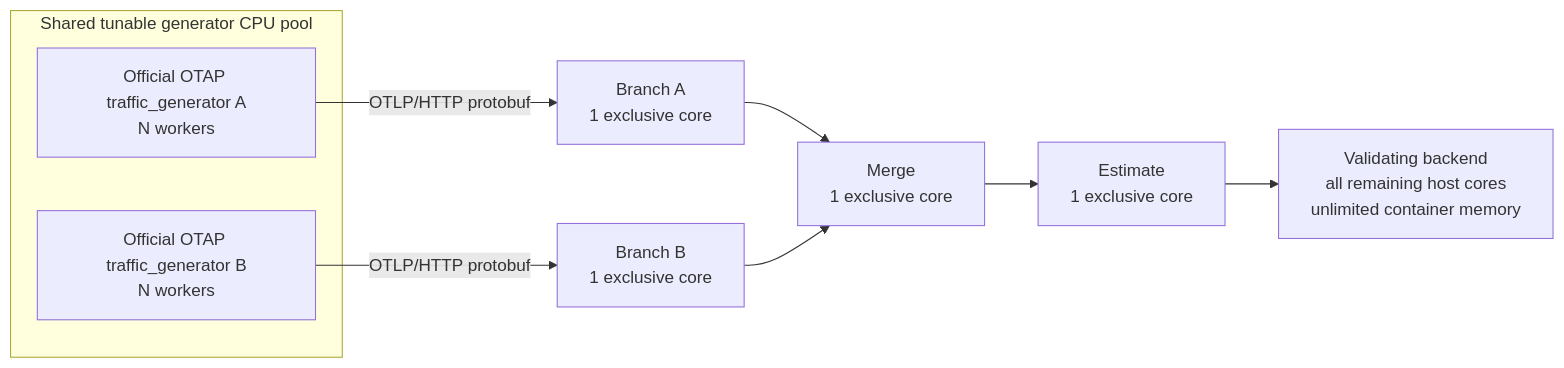
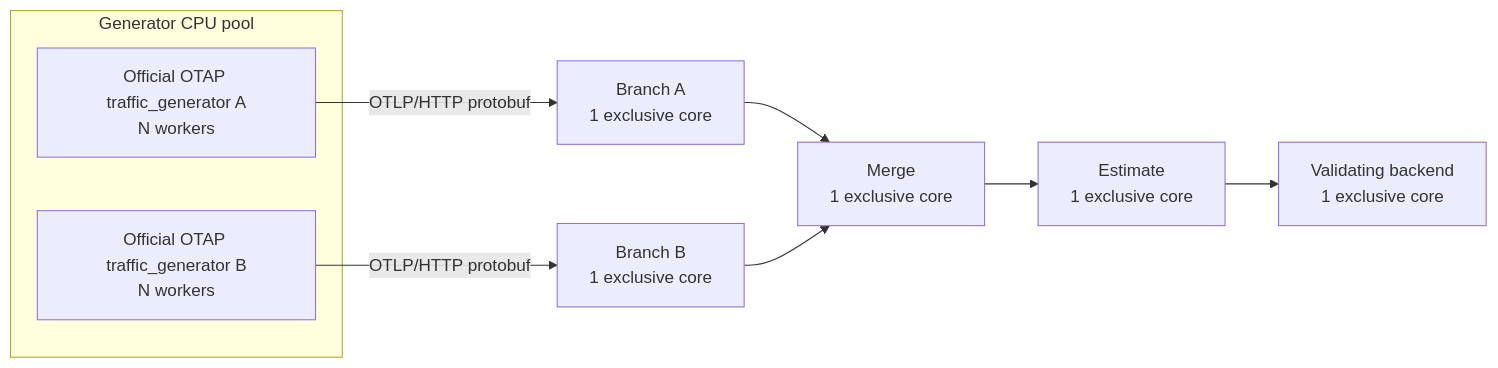
Before and after one commit to ProjectASAP/ASAPCollector-public: the diagram in benchmarks/CAPACITY_DESIGN.md, drawn with Mermaid. The commit also changed other lines of this file, not shown here.

````diff
--- a/benchmarks/CAPACITY_DESIGN.md
+++ b/benchmarks/CAPACITY_DESIGN.md
@@ -11,13 +14,14 @@
 ```mermaid
 flowchart LR
-  subgraph G["Shared tunable generator CPU pool"]
+  subgraph G["Generator CPU pool"]
     GA["Official OTAP traffic_generator A<br/>N workers"]
     GB["Official OTAP traffic_generator B<br/>N workers"]
   end
+
   GA -->|OTLP/HTTP protobuf| BA["Branch A<br/>1 exclusive core"]
   GB -->|OTLP/HTTP protobuf| BB["Branch B<br/>1 exclusive core"]
   BA --> M["Merge<br/>1 exclusive core"]
   BB --> M
   M --> E["Estimate<br/>1 exclusive core"]
-  E --> V["Validating backend<br/>all remaining host cores<br/>unlimited container memory"]
+  E --> V["Validating backend<br/>1 exclusive core"]
 ```
````
